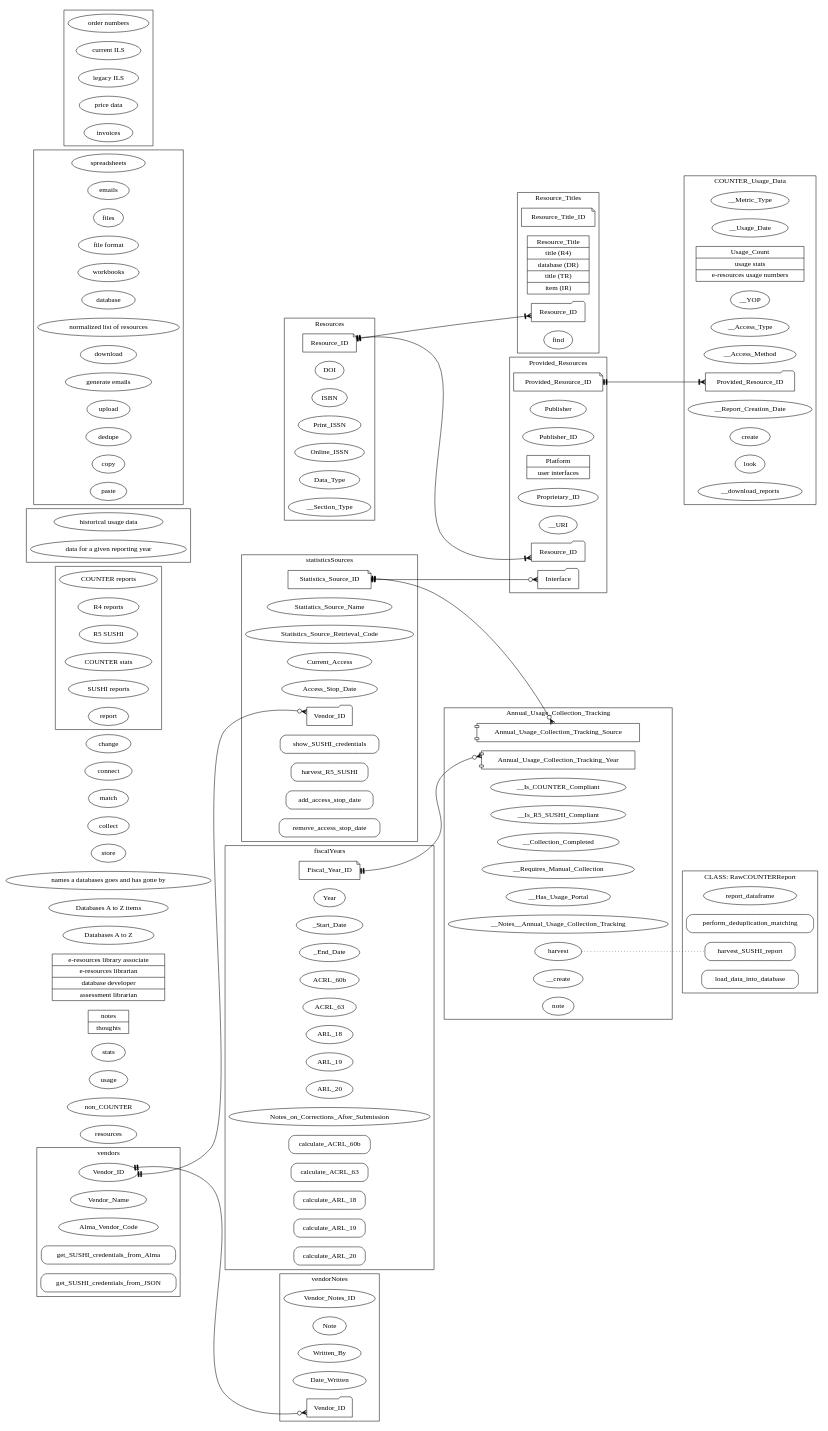
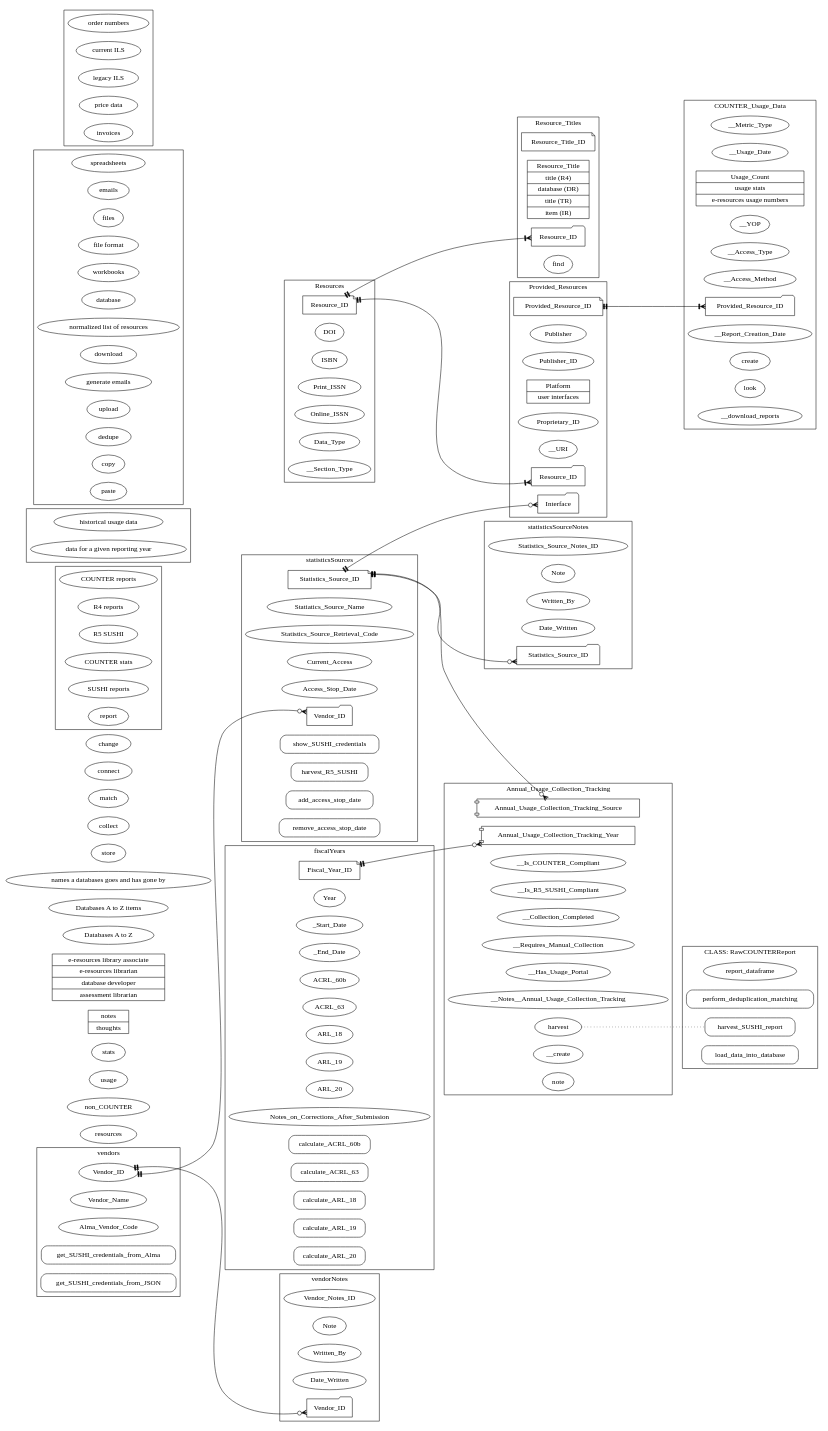
Before and after one commit to ereiskind/nolcat: the diagram in docs/source/erd_and_class_diagram.dot, drawn with Graphviz. The commit also changed 1 other file, not shown here.

Commit message:
Add statisticsSourceNotes relation

```diff
--- a/docs/source/erd_and_class_diagram.dot
+++ b/docs/source/erd_and_class_diagram.dot
@@ -186,11 +186,28 @@
 
         //Attributes
         Vendor_Notes_ID
-        Note
-        Written_By
-        Date_Written
+        Note_in_vendorNotes [label="Note"]
+        Written_By_in_vendorNotes [label="Written_By"]
+        Date_Written_in_vendorNotes [label="Date_Written"]
         Vendor_ID_in_vendorNotes [
             label="Vendor_ID"
+            shape="folder"
+        ]
+
+        //Methods
+    }
+
+
+    subgraph cluster_statisticsSourceNotes {
+        label="statisticsSourceNotes"
+
+        //Attributes
+        Statistics_Source_Notes_ID
+        Note_in_statisticsSourceNotes [label="Note"]
+        Written_By_in_statisticsSourceNotes [label="Written_By"]
+        Date_Written_in_statisticsSourceNotes [label="Date_Written"]
+        Statistics_Source_ID_in_statisticsSourceNotes [
+            label="Statistics_Source_ID"
             shape="folder"
         ]
 
@@ -269,6 +286,12 @@
     Vendor_ID -> Vendor_ID_in_statisticsSources [
         dir="both"
         arrowhead="crowodot" // Want the option to have a vendor without a statistics source
+        arrowtail="teetee"
+    ]
+
+    Statistics_Source_ID -> Statistics_Source_ID_in_statisticsSourceNotes [
+        dir="both"
+        arrowhead="crowodot"
         arrowtail="teetee"
     ]
 
```
